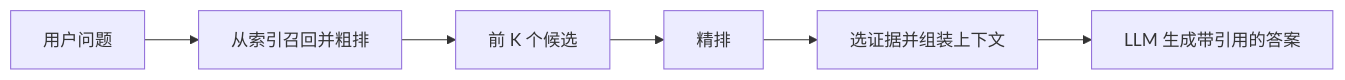
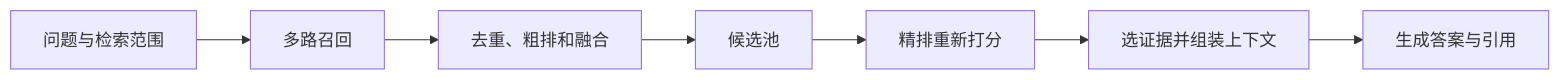
One commit to Whoo-jl/learning-notes changed the diagram in rag/retrieval-and-reranking.md. Above: the diagram before and after it, drawn with Mermaid. The commit also changed other lines of this file and 1 other file, not shown here.

````diff
--- a/rag/retrieval-and-reranking.md
+++ b/rag/retrieval-and-reranking.md
@@ -7,8 +7,9 @@
 ```mermaid
 flowchart LR
-    Q["用户问题"] --> R["从索引召回并粗排"]
-    R --> K["前 K 个候选"]
-    K --> S["精排"]
-    S --> C["选证据并组装上下文"]
-    C --> G["LLM 生成带引用的答案"]
+    Q["问题与检索范围"] --> S["多路召回"]
+    S --> F["去重、粗排和融合"]
+    F --> K["候选池"]
+    K --> R["精排重新打分"]
+    R --> E["选证据并组装上下文"]
+    E --> G["生成答案与引用"]
 ```
````
